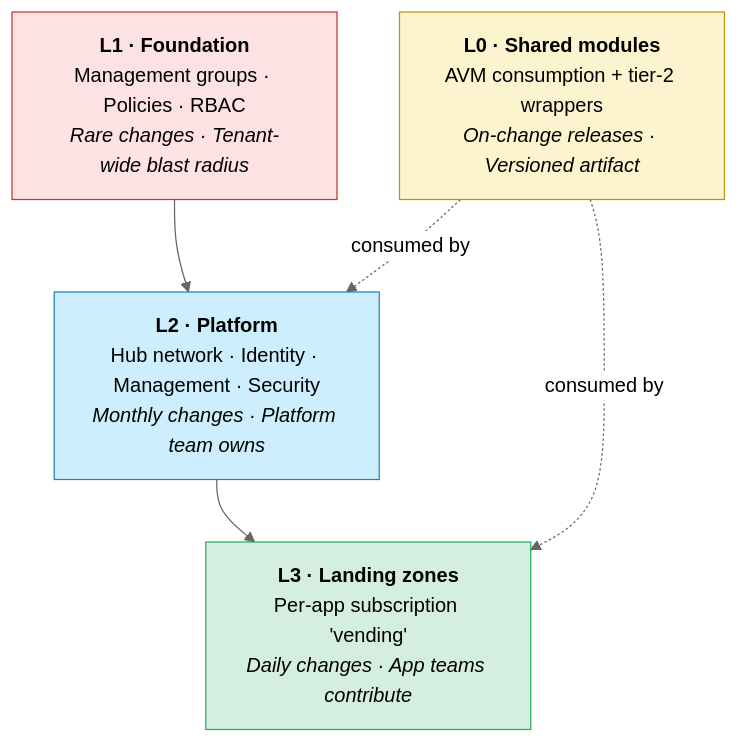
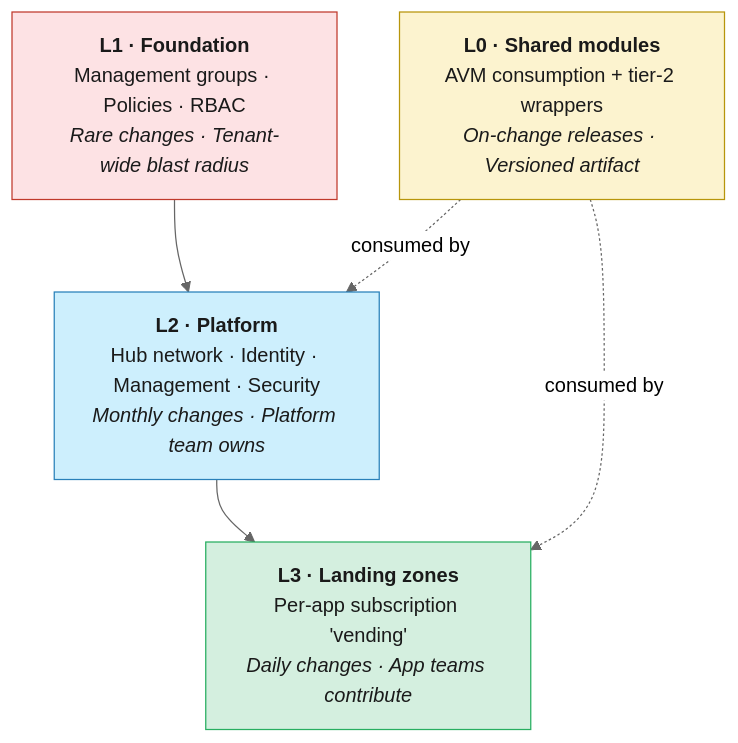
Before and after one commit to erjosito/alz-repo-best-practices: the diagram in docs/01-repository-topology.md, drawn with Mermaid (neutral theme). The commit also changed other lines of this file and 12 other files, not shown here.

First line of the commit message:
Add glossary boxes, fix diagram readability, replace broken Diátaxis chart

````diff
--- a/docs/01-repository-topology.md
+++ b/docs/01-repository-topology.md
@@ -53,20 +63,20 @@
 ```mermaid
 flowchart TB
     L1["<b>L1 · Foundation</b><br/>Management groups · Policies · RBAC<br/><i>Rare changes · Tenant-wide blast radius</i>"]
     L2["<b>L2 · Platform</b><br/>Hub network · Identity · Management · Security<br/><i>Monthly changes · Platform team owns</i>"]
     L3["<b>L3 · Landing zones</b><br/>Per-app subscription 'vending'<br/><i>Daily changes · App teams contribute</i>"]
     L0["<b>L0 · Shared modules</b><br/>AVM consumption + tier-2 wrappers<br/><i>On-change releases · Versioned artifact</i>"]
 
     L1 --> L2 --> L3
     L0 -. consumed by .-> L2
     L0 -. consumed by .-> L3
 
-    classDef foundation fill:#fde2e4,stroke:#c0392b
-    classDef platform   fill:#cdeffd,stroke:#2980b9
-    classDef lz         fill:#d4efdf,stroke:#27ae60
-    classDef modules    fill:#fcf3cf,stroke:#b7950b
+    classDef foundation fill:#fde2e4,stroke:#c0392b,color:#1a1a1a
+    classDef platform   fill:#cdeffd,stroke:#2980b9,color:#1a1a1a
+    classDef lz         fill:#d4efdf,stroke:#27ae60,color:#1a1a1a
+    classDef modules    fill:#fcf3cf,stroke:#b7950b,color:#1a1a1a
     class L1 foundation
     class L2 platform
     class L3 lz
     class L0 modules
 ```
````
